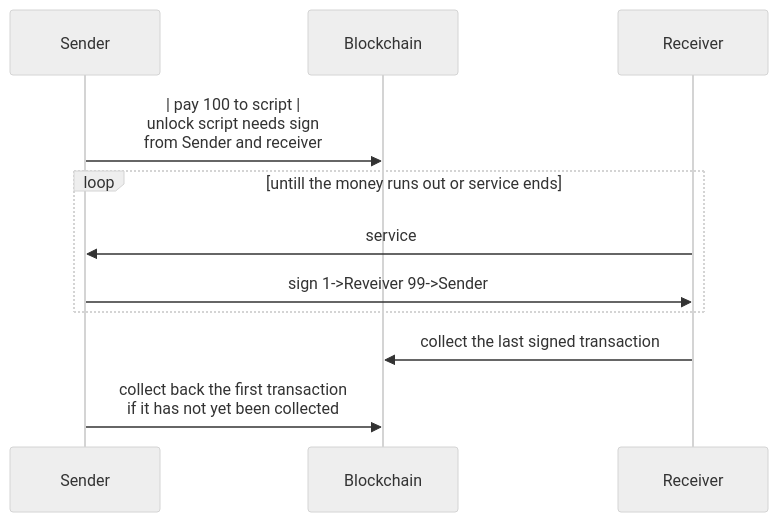
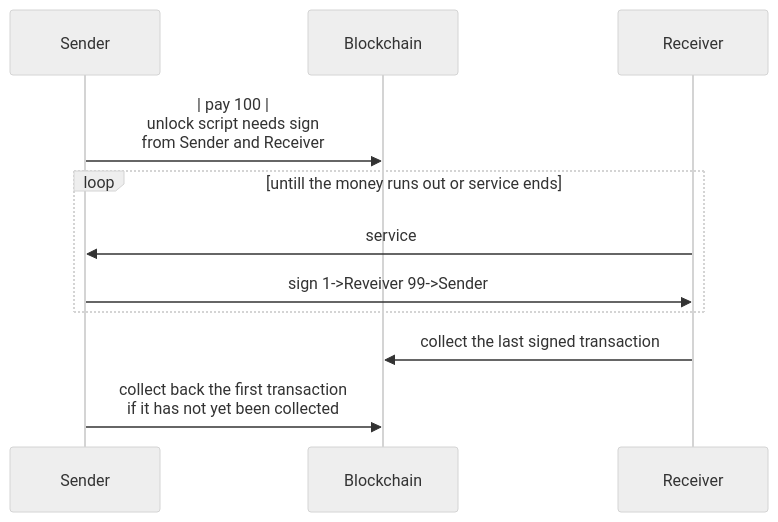
Before and after one commit to TendTo/Appunti-Blockchain: the fourth of 4 diagrams in 003 - Bitcoin.md, drawn with Mermaid (neutral theme). The commit also changed 2 other files, not shown here.

Commit message:
feat: add content

````diff
--- a/003 - Bitcoin.md
+++ b/003 - Bitcoin.md
@@ -206,14 +206,14 @@
 ```mermaid
 sequenceDiagram
 participant a as Sender
 participant b as Blockchain
 participant r as Receiver
 
-a ->> b : | pay 100 to script | <br> unlock script needs sign <br> from Sender and receiver
+a ->> b : | pay 100 | <br> unlock script needs sign <br> from Sender and Receiver
 loop untill the money runs out or service ends
     r ->> a : service
     a ->> r : sign 1->Reveiver 99->Sender
 end
 r ->> b : collect the last signed transaction
 a ->> b : collect back the first transaction <br> if it has not yet been collected
 ```
````
